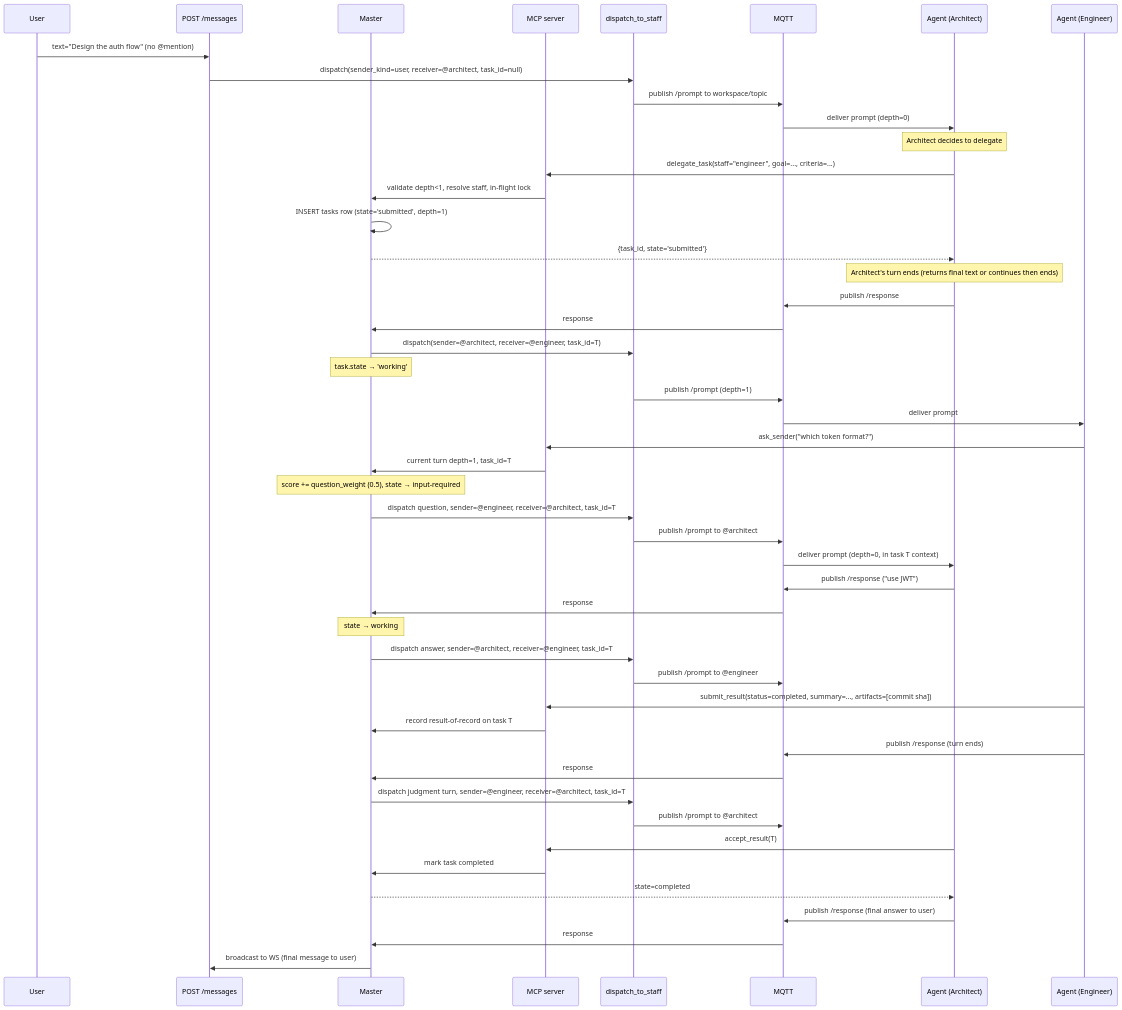
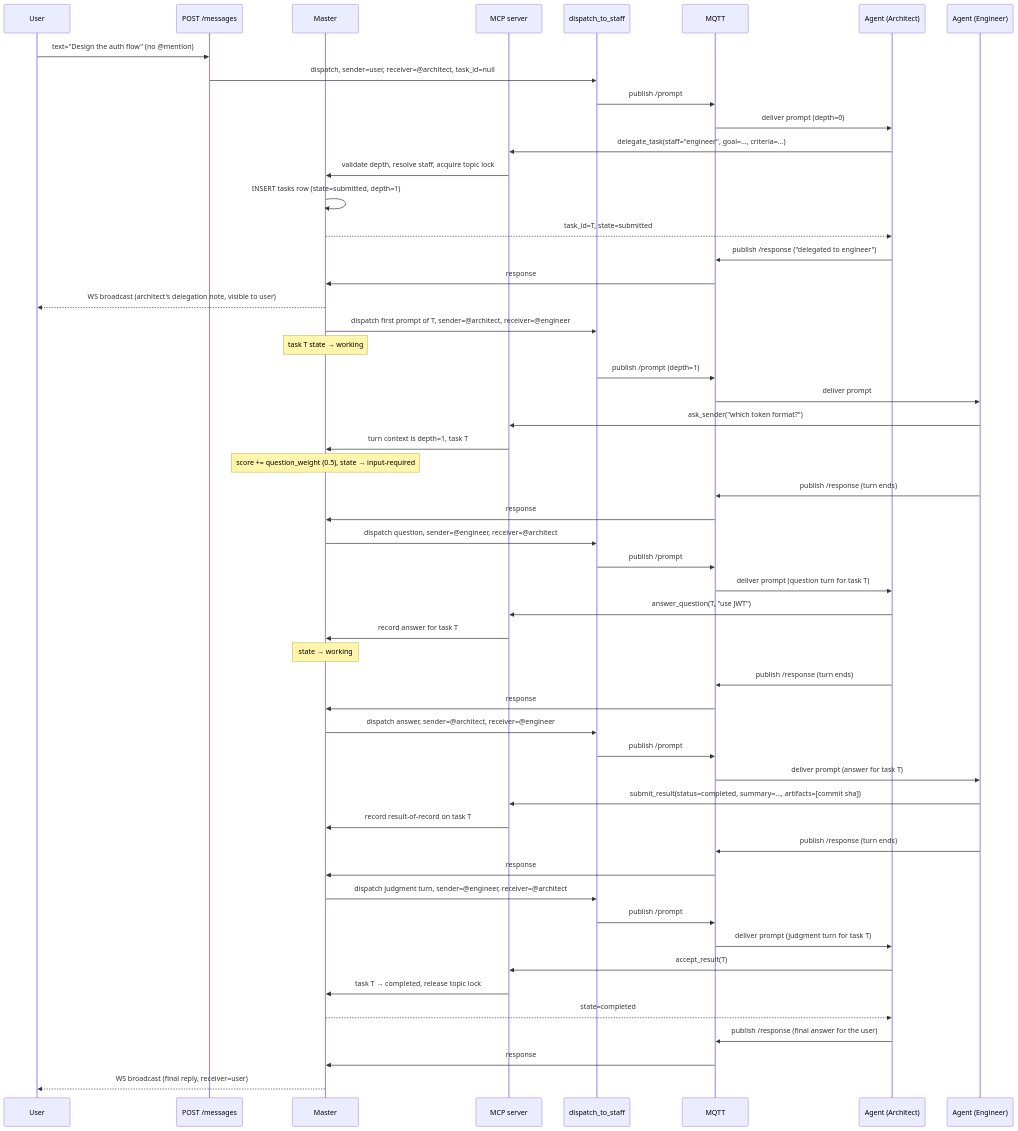
The second of 2 diagrams in docs/design/agent-orchestration.md (pandazxx/codex-slack), drawn with Mermaid before and after one commit. The commit also changed other lines of this file and 1 other file, not shown here.

First line of the commit message:
docs: address PR #257 review round 2 — answer_question tool, closed flows, lock keeps worktree safe

````diff
--- a/docs/design/agent-orchestration.md
+++ b/docs/design/agent-orchestration.md
@@ -555,61 +586,62 @@
 ```mermaid
 sequenceDiagram
     participant U as User
     participant API as POST /messages
     participant M as Master
     participant MCP as MCP server
     participant D as dispatch_to_staff
     participant MQTT
     participant A1 as Agent (Architect)
     participant A2 as Agent (Engineer)
 
     U->>API: text="Design the auth flow" (no @mention)
-    API->>D: dispatch(sender_kind=user, receiver=@architect, task_id=null)
-    D->>MQTT: publish /prompt to workspace/topic
+    API->>D: dispatch, sender=user, receiver=@architect, task_id=null
+    D->>MQTT: publish /prompt
     MQTT->>A1: deliver prompt (depth=0)
 
-    Note over A1: Architect decides to delegate
+    A1->>MCP: delegate_task(staff="engineer", goal=..., criteria=...)
+    MCP->>M: validate depth, resolve staff, acquire topic lock
+    M->>M: INSERT tasks row (state=submitted, depth=1)
+    M-->>A1: task_id=T, state=submitted
+    A1->>MQTT: publish /response ("delegated to engineer")
+    MQTT->>M: response
+    M-->>U: WS broadcast (architect's delegation note, visible to user)
 
-    A1->>MCP: delegate_task(staff="engineer", goal=..., criteria=...)
-    MCP->>M: validate depth<1, resolve staff, in-flight lock
-    M->>M: INSERT tasks row (state='submitted', depth=1)
-    M-->>A1: {task_id, state='submitted'}
-
-    Note over A1: Architect's turn ends (returns final text or continues then ends)
-
-    A1->>MQTT: publish /response
-    MQTT->>M: response
-
-    M->>D: dispatch(sender=@architect, receiver=@engineer, task_id=T)
-    Note over M: task.state → 'working'
+    M->>D: dispatch first prompt of T, sender=@architect, receiver=@engineer
+    Note over M: task T state → working
     D->>MQTT: publish /prompt (depth=1)
     MQTT->>A2: deliver prompt
 
     A2->>MCP: ask_sender("which token format?")
-    MCP->>M: current turn depth=1, task_id=T
+    MCP->>M: turn context is depth=1, task T
     Note over M: score += question_weight (0.5), state → input-required
-    M->>D: dispatch question, sender=@engineer, receiver=@architect, task_id=T
-    D->>MQTT: publish /prompt to @architect
-    MQTT->>A1: deliver prompt (depth=0, in task T context)
+    A2->>MQTT: publish /response (turn ends)
+    MQTT->>M: response
+    M->>D: dispatch question, sender=@engineer, receiver=@architect
+    D->>MQTT: publish /prompt
+    MQTT->>A1: deliver prompt (question turn for task T)
 
-    A1->>MQTT: publish /response ("use JWT")
+    A1->>MCP: answer_question(T, "use JWT")
+    MCP->>M: record answer for task T
+    Note over M: state → working
+    A1->>MQTT: publish /response (turn ends)
     MQTT->>M: response
-    Note over M: state → working
-    M->>D: dispatch answer, sender=@architect, receiver=@engineer, task_id=T
-    D->>MQTT: publish /prompt to @engineer
+    M->>D: dispatch answer, sender=@architect, receiver=@engineer
+    D->>MQTT: publish /prompt
+    MQTT->>A2: deliver prompt (answer for task T)
 
     A2->>MCP: submit_result(status=completed, summary=..., artifacts=[commit sha])
     MCP->>M: record result-of-record on task T
     A2->>MQTT: publish /response (turn ends)
     MQTT->>M: response
-    M->>D: dispatch judgment turn, sender=@engineer, receiver=@architect, task_id=T
-    D->>MQTT: publish /prompt to @architect
+    M->>D: dispatch judgment turn, sender=@engineer, receiver=@architect
+    D->>MQTT: publish /prompt
+    MQTT->>A1: deliver prompt (judgment turn for task T)
 
     A1->>MCP: accept_result(T)
-    MCP->>M: mark task completed
+    MCP->>M: task T → completed, release topic lock
     M-->>A1: state=completed
-
-    A1->>MQTT: publish /response (final answer to user)
+    A1->>MQTT: publish /response (final answer for the user)
     MQTT->>M: response
-    M->>API: broadcast to WS (final message to user)
+    M-->>U: WS broadcast (final reply, receiver=user)
 ```
````
